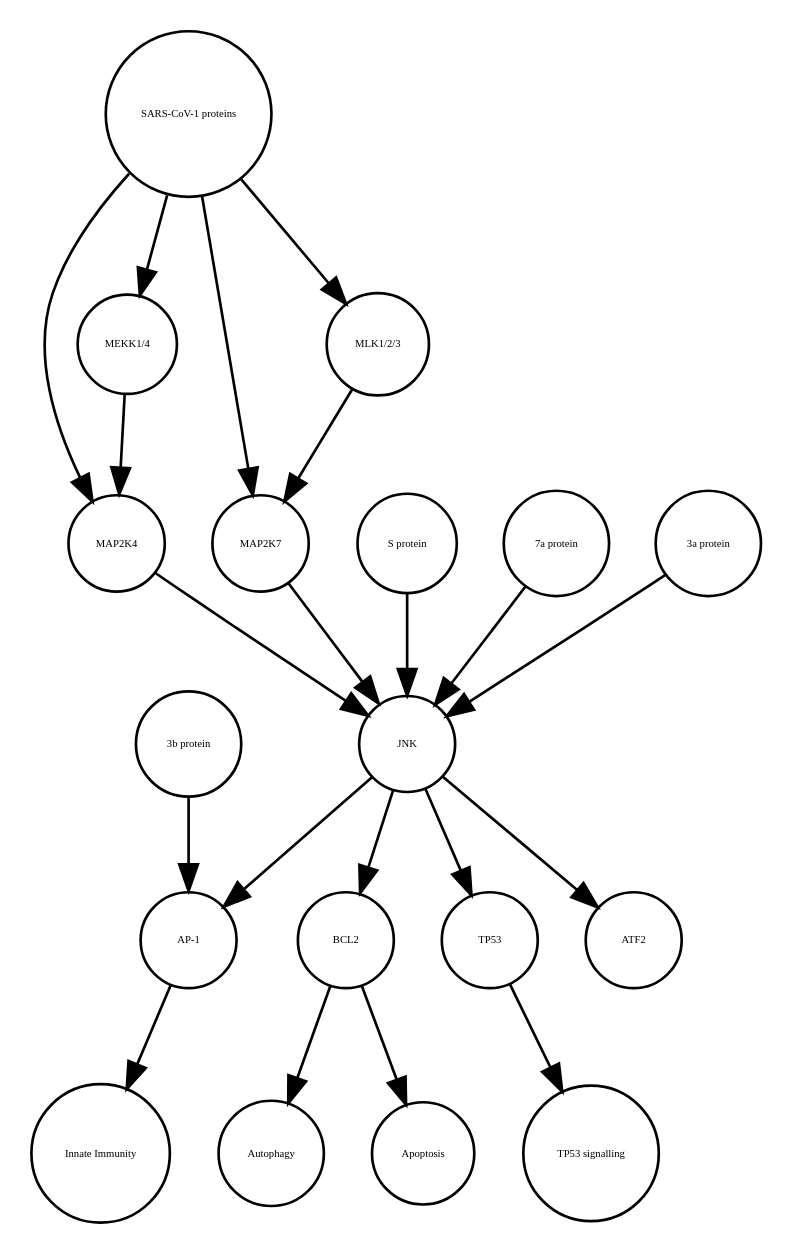
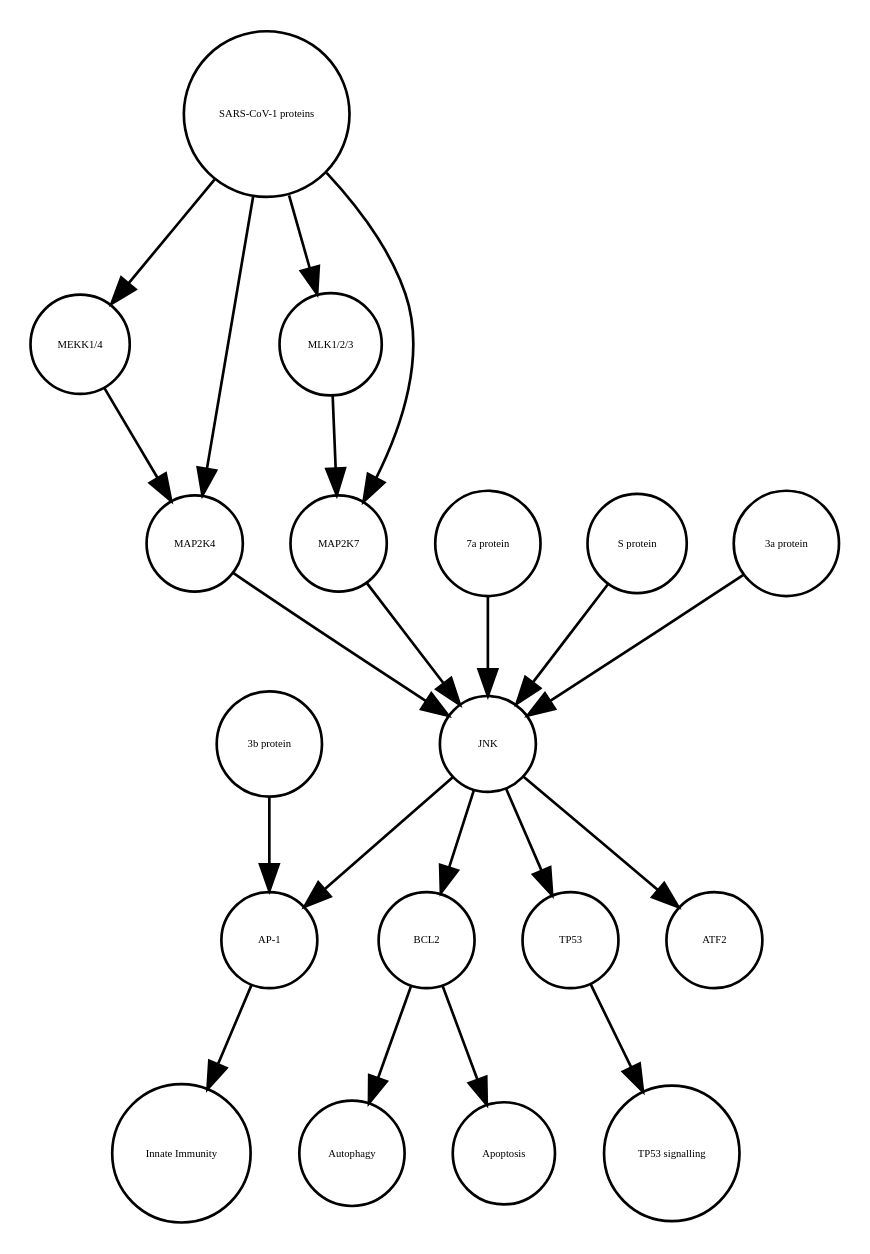
The diagram in JNK_pathway_v2.1.xml_projected.dot (cannin/covid19-sbgn), drawn with Graphviz before and after one commit. The commit also changed other lines of this file and 621 other files, not shown here.

```diff
--- a/JNK_pathway_v2.1.xml_projected.dot
+++ b/JNK_pathway_v2.1.xml_projected.dot
@@ -1,40 +1,40 @@
 strict digraph  {
 BCL2 [annotation=urn_miriam_uniprot_P10415, bipartite=0, cls=macromolecule, fontsize=4, label=BCL2, shape=circle];
 Autophagy [annotation="", bipartite=0, cls=phenotype, fontsize=4, label=Autophagy, shape=circle];
 "AP-1" [annotation="", bipartite=0, cls=complex, fontsize=4, label="AP-1", shape=circle];
 "Innate Immunity" [annotation="", bipartite=0, cls=phenotype, fontsize=4, label="Innate Immunity", shape=circle];
 TP53 [annotation=urn_miriam_uniprot_P04637, bipartite=0, cls=macromolecule, fontsize=4, label=TP53, shape=circle];
 "TP53 signalling" [annotation="", bipartite=0, cls=phenotype, fontsize=4, label="TP53 signalling", shape=circle];
 Apoptosis [annotation="", bipartite=0, cls=phenotype, fontsize=4, label=Apoptosis, shape=circle];
-MAP2K4 [annotation=urn_miriam_uniprot_P45985, bipartite=0, cls=macromolecule, fontsize=4, label=MAP2K4, shape=circle];
-"SARS-CoV-1 proteins" [annotation="", bipartite=0, cls=complex, fontsize=4, label="SARS-CoV-1 proteins", shape=circle];
 "MEKK1/4" [annotation="", bipartite=0, cls=complex, fontsize=4, label="MEKK1/4", shape=circle];
-ATF2 [annotation=urn_miriam_uniprot_P15336, bipartite=0, cls=macromolecule, fontsize=4, label=ATF2, shape=circle];
-"S protein" [annotation="", bipartite=0, cls=macromolecule, fontsize=4, label="S protein", shape=circle];
 "3b protein" [annotation="", bipartite=0, cls=macromolecule, fontsize=4, label="3b protein", shape=circle];
-MAP2K7 [annotation=urn_miriam_uniprot_O14733, bipartite=0, cls=macromolecule, fontsize=4, label=MAP2K7, shape=circle];
-"7a protein" [annotation="", bipartite=0, cls=macromolecule, fontsize=4, label="7a protein", shape=circle];
-"3a protein" [annotation="", bipartite=0, cls=macromolecule, fontsize=4, label="3a protein", shape=circle];
 "MLK1/2/3" [annotation="", bipartite=0, cls=complex, fontsize=4, label="MLK1/2/3", shape=circle];
 JNK [annotation="", bipartite=0, cls=complex, fontsize=4, label=JNK, shape=circle];
+"SARS-CoV-1 proteins" [annotation="", bipartite=0, cls=complex, fontsize=4, label="SARS-CoV-1 proteins", shape=circle];
+MAP2K4 [annotation=urn_miriam_uniprot_P45985, bipartite=0, cls=macromolecule, fontsize=4, label=MAP2K4, shape=circle];
+"7a protein" [annotation="", bipartite=0, cls=macromolecule, fontsize=4, label="7a protein", shape=circle];
+"S protein" [annotation="", bipartite=0, cls=macromolecule, fontsize=4, label="S protein", shape=circle];
+"3a protein" [annotation="", bipartite=0, cls=macromolecule, fontsize=4, label="3a protein", shape=circle];
+ATF2 [annotation=urn_miriam_uniprot_P15336, bipartite=0, cls=macromolecule, fontsize=4, label=ATF2, shape=circle];
+MAP2K7 [annotation=urn_miriam_uniprot_O14733, bipartite=0, cls=macromolecule, fontsize=4, label=MAP2K7, shape=circle];
 BCL2 -> Autophagy  [annotation="", interaction_type="necessary stimulation"];
 BCL2 -> Apoptosis  [annotation="", interaction_type=inhibition];
 "AP-1" -> "Innate Immunity"  [annotation="", interaction_type="necessary stimulation"];
 TP53 -> "TP53 signalling"  [annotation="", interaction_type="necessary stimulation"];
-MAP2K4 -> JNK  [annotation=urn_miriam_pubmed_17141229, interaction_type=stimulation];
-"SARS-CoV-1 proteins" -> "MLK1/2/3"  [annotation="urn_miriam_taxonomy_694009|urn_miriam_pubmed_31226023", interaction_type=stimulation];
-"SARS-CoV-1 proteins" -> MAP2K4  [annotation="urn_miriam_pubmed_31226023|urn_miriam_taxonomy_694009", interaction_type=stimulation];
-"SARS-CoV-1 proteins" -> MAP2K7  [annotation="urn_miriam_pubmed_31226023|urn_miriam_taxonomy_694009", interaction_type=stimulation];
-"SARS-CoV-1 proteins" -> "MEKK1/4"  [annotation="urn_miriam_pubmed_31226023|urn_miriam_taxonomy_694009", interaction_type=stimulation];
 "MEKK1/4" -> MAP2K4  [annotation="urn_miriam_pubmed_31226023|urn_miriam_taxonomy_694009", interaction_type=stimulation];
-"S protein" -> JNK  [annotation=urn_miriam_pubmed_17267381, interaction_type=stimulation];
 "3b protein" -> "AP-1"  [annotation=urn_miriam_pubmed_21561061, interaction_type=stimulation];
-MAP2K7 -> JNK  [annotation=urn_miriam_pubmed_17141229, interaction_type=stimulation];
-"7a protein" -> JNK  [annotation=urn_miriam_pubmed_17141229, interaction_type=stimulation];
-"3a protein" -> JNK  [annotation=urn_miriam_pubmed_17141229, interaction_type=stimulation];
 "MLK1/2/3" -> MAP2K7  [annotation="urn_miriam_pubmed_31226023|urn_miriam_taxonomy_694009", interaction_type=stimulation];
-JNK -> BCL2  [annotation=urn_miriam_pubmed_10567572, interaction_type=stimulation];
 JNK -> TP53  [annotation="", interaction_type=stimulation];
 JNK -> ATF2  [annotation="", interaction_type=stimulation];
+JNK -> BCL2  [annotation=urn_miriam_pubmed_10567572, interaction_type=stimulation];
 JNK -> "AP-1"  [annotation=urn_miriam_pubmed_21561061, interaction_type=stimulation];
+"SARS-CoV-1 proteins" -> MAP2K7  [annotation="urn_miriam_pubmed_31226023|urn_miriam_taxonomy_694009", interaction_type=stimulation];
+"SARS-CoV-1 proteins" -> MAP2K4  [annotation="urn_miriam_pubmed_31226023|urn_miriam_taxonomy_694009", interaction_type=stimulation];
+"SARS-CoV-1 proteins" -> "MEKK1/4"  [annotation="urn_miriam_pubmed_31226023|urn_miriam_taxonomy_694009", interaction_type=stimulation];
+"SARS-CoV-1 proteins" -> "MLK1/2/3"  [annotation="urn_miriam_taxonomy_694009|urn_miriam_pubmed_31226023", interaction_type=stimulation];
+MAP2K4 -> JNK  [annotation=urn_miriam_pubmed_17141229, interaction_type=stimulation];
+"7a protein" -> JNK  [annotation=urn_miriam_pubmed_17141229, interaction_type=stimulation];
+"S protein" -> JNK  [annotation=urn_miriam_pubmed_17267381, interaction_type=stimulation];
+"3a protein" -> JNK  [annotation=urn_miriam_pubmed_17141229, interaction_type=stimulation];
+MAP2K7 -> JNK  [annotation=urn_miriam_pubmed_17141229, interaction_type=stimulation];
 }
```
